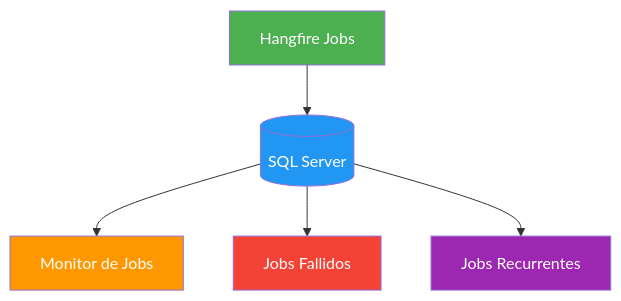
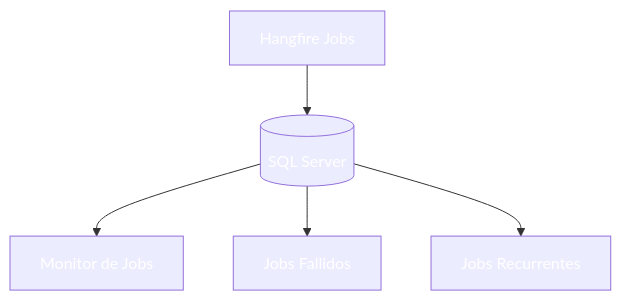
One commit to joseluisgs/DesarrolloWebEntornosServidor-02-2026-2027 changed the fourth of 4 diagrams in 22-tareas-programadas.md. Above: the diagram before and after it, drawn with Mermaid. The commit also changed other lines of this file and 41 other files, not shown here.

````diff
--- a/22-tareas-programadas.md
+++ b/22-tareas-programadas.md
@@ -604,12 +604,12 @@
 ```mermaid
 flowchart TB
     HJ["Hangfire Jobs"] --> DB[(SQL Server)]
     DB --> MJ["Monitor de Jobs"]
     DB --> FJ["Jobs Fallidos"]
     DB --> RJ["Jobs Recurrentes"]
-    style HJ fill:#4CAF50,color:#fff
-    style DB fill:#2196F3,color:#fff
-    style MJ fill:#FF9800,color:#fff
-    style FJ fill:#f44336,color:#fff
-    style RJ fill:#9C27B0,color:#fff
+    style HJ fill:#4CAF5,color:#fff0,color:#fff
+    style DB fill:#2196F,color:#fff3,color:#fff
+    style MJ fill:#FF980,color:#fff0,color:#fff
+    style FJ fill:#f4433,color:#fff6,color:#fff
+    style RJ fill:#9C27B,color:#fff0,color:#fff
 ```
````
